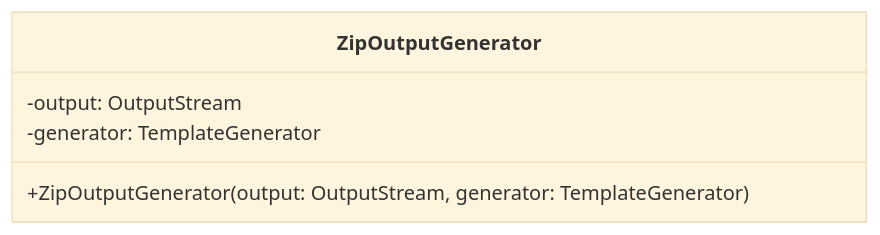
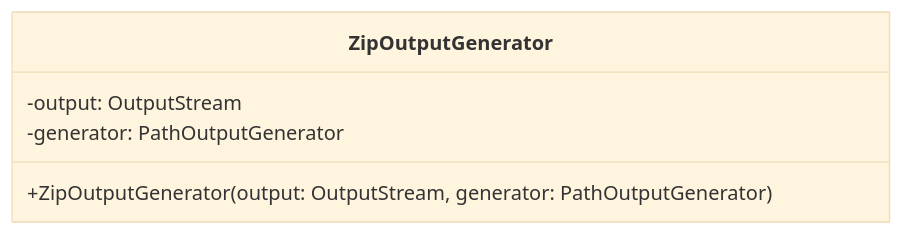
Before and after one commit to kotlitecture/kotli-engine: the seventh of 8 diagrams in README.md, drawn with Mermaid (base theme). The commit also changed other lines of this file and 6 other files, not shown here.

````diff
--- a/README.md
+++ b/README.md
@@ -154,8 +194,8 @@
 ```mermaid
 classDiagram
    class ZipOutputGenerator {
-      +ZipOutputGenerator(output: OutputStream, generator: TemplateGenerator)
+      +ZipOutputGenerator(output: OutputStream, generator: PathOutputGenerator)
       -output: OutputStream
-      -generator: TemplateGenerator
+      -generator: PathOutputGenerator
    }
 ```
````
